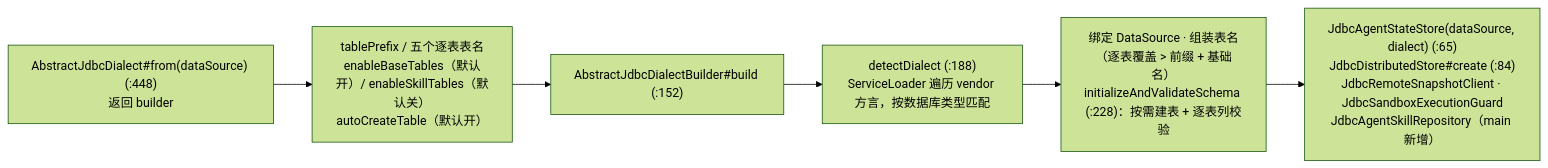
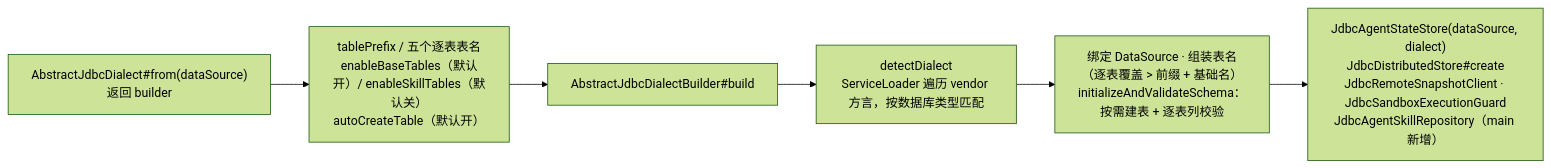
One commit to liulangjietou/AgentScope-source-analysis changed the second of 4 diagrams in 08-扩展生态.md. Above: the diagram before and after it, drawn with Mermaid (forest theme). The commit also changed other lines of this file and 13 other files, not shown here.

Commit message:
docs: align source guide and diagrams with main dcb131a3

````diff
--- a/08-扩展生态.md
+++ b/08-扩展生态.md
@@ -105,8 +105,8 @@
 ```mermaid
 flowchart LR
-    F["AbstractJdbcDialect#from(dataSource) (:448)<br/>返回 builder"] --> OPT["tablePrefix / 五个逐表表名<br/>enableBaseTables（默认开）/ enableSkillTables（默认关）<br/>autoCreateTable（默认开）"]
-    OPT --> B["AbstractJdbcDialectBuilder#build (:152)"]
-    B --> D["detectDialect (:188)<br/>ServiceLoader 遍历 vendor 方言，按数据库类型匹配"]
-    D --> BIND["绑定 DataSource · 组装表名（逐表覆盖 > 前缀 + 基础名）<br/>initializeAndValidateSchema (:228)：按需建表 + 逐表列校验"]
-    BIND --> USE["JdbcAgentStateStore(dataSource, dialect) (:65)<br/>JdbcDistributedStore#create (:84)<br/>JdbcRemoteSnapshotClient · JdbcSandboxExecutionGuard<br/>JdbcAgentSkillRepository（main 新增）"]
+    F["AbstractJdbcDialect#from(dataSource)<br/>返回 builder"] --> OPT["tablePrefix / 五个逐表表名<br/>enableBaseTables（默认开）/ enableSkillTables（默认关）<br/>autoCreateTable（默认开）"]
+    OPT --> B["AbstractJdbcDialectBuilder#build"]
+    B --> D["detectDialect<br/>ServiceLoader 遍历 vendor 方言，按数据库类型匹配"]
+    D --> BIND["绑定 DataSource · 组装表名（逐表覆盖 > 前缀 + 基础名）<br/>initializeAndValidateSchema：按需建表 + 逐表列校验"]
+    BIND --> USE["JdbcAgentStateStore(dataSource, dialect)<br/>JdbcDistributedStore#create<br/>JdbcRemoteSnapshotClient · JdbcSandboxExecutionGuard<br/>JdbcAgentSkillRepository（main 新增）"]
 ```
````
